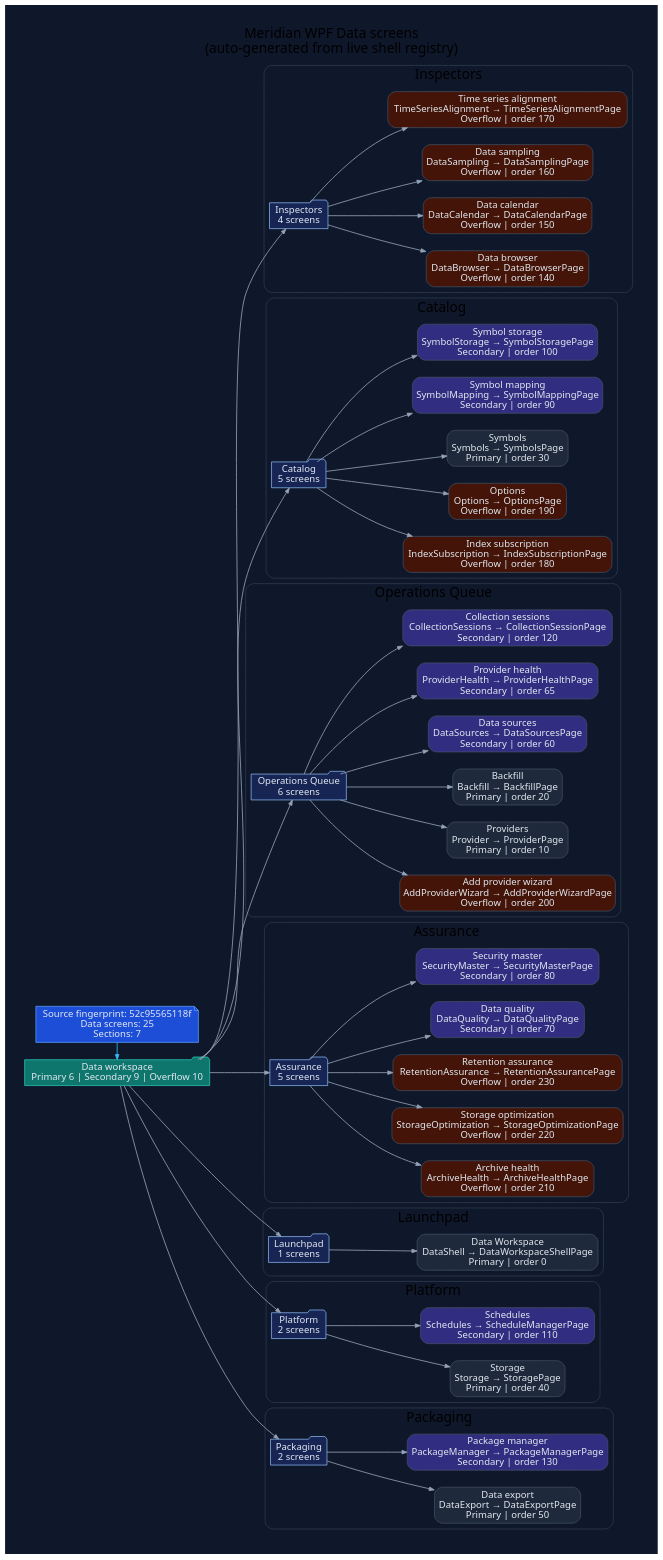
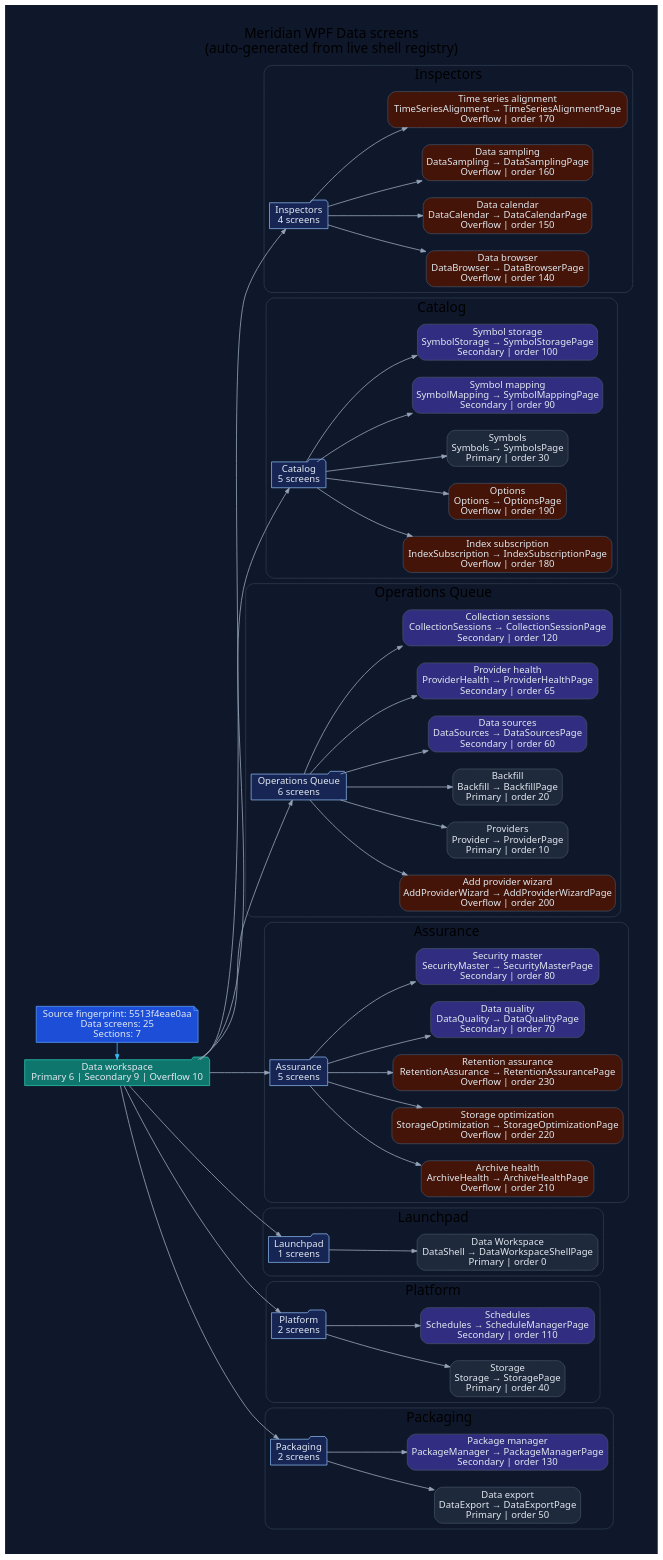
One commit to rodoHasArrived/Meridian-main changed the diagram in docs/diagrams/ui-wpf-screens-data.dot. Above: the diagram before and after it, drawn with Graphviz. The commit also changed 380 other files, not shown here.

```diff
--- a/docs/diagrams/ui-wpf-screens-data.dot
+++ b/docs/diagrams/ui-wpf-screens-data.dot
@@ -1,132 +1,132 @@
 // -----------------------------------------------------------------------------
 // <auto-generated>
 // Generated by scripts/generate-diagrams.mjs.
 // Do not edit this file directly; update the WPF source files instead.
 // -----------------------------------------------------------------------------
 digraph WpfDataScreens {
   graph [
     rankdir=LR,
     labelloc=t,
     label="Meridian WPF Data screens\n(auto-generated from live shell registry)",
     fontname="Segoe UI",
     fontsize=20,
     pad=0.4,
     nodesep=0.35,
     ranksep=0.85,
     bgcolor="#0f172a"
   ];
   node [fontname="Segoe UI", shape=box, style="rounded,filled", color="#475569", fontcolor="#e2e8f0", fillcolor="#1e293b"];
   edge [fontname="Segoe UI", color="#94a3b8", penwidth=1.2, arrowsize=0.75];
 
-  generated [shape=note, fillcolor="#1d4ed8", color="#60a5fa", label="Source fingerprint: 52c95565118f\nData screens: 25\nSections: 7"];
+  generated [shape=note, fillcolor="#1d4ed8", color="#60a5fa", label="Source fingerprint: 5513f4eae0aa\nData screens: 25\nSections: 7"];
   workspace [shape=folder, fillcolor="#0f766e", color="#2dd4bf", label="Data workspace\nPrimary 6 | Secondary 9 | Overflow 10"];
   generated -> workspace [color="#38bdf8"];
 
   subgraph cluster_section_1 {
     label="Inspectors";
     color="#334155";
     style="rounded";
     section_1 [shape=folder, fillcolor="#172554", color="#93c5fd", label="Inspectors\n4 screens"];
     workspace -> section_1;
     screen_DataBrowser [fillcolor="#431407", label="Data browser\nDataBrowser → DataBrowserPage\nOverflow | order 140"];
     section_1 -> screen_DataBrowser;
     screen_DataCalendar [fillcolor="#431407", label="Data calendar\nDataCalendar → DataCalendarPage\nOverflow | order 150"];
     section_1 -> screen_DataCalendar;
     screen_DataSampling [fillcolor="#431407", label="Data sampling\nDataSampling → DataSamplingPage\nOverflow | order 160"];
     section_1 -> screen_DataSampling;
     screen_TimeSeriesAlignment [fillcolor="#431407", label="Time series alignment\nTimeSeriesAlignment → TimeSeriesAlignmentPage\nOverflow | order 170"];
     section_1 -> screen_TimeSeriesAlignment;
   }
 
   subgraph cluster_section_2 {
     label="Catalog";
     color="#334155";
     style="rounded";
     section_2 [shape=folder, fillcolor="#172554", color="#93c5fd", label="Catalog\n5 screens"];
     workspace -> section_2;
     screen_IndexSubscription [fillcolor="#431407", label="Index subscription\nIndexSubscription → IndexSubscriptionPage\nOverflow | order 180"];
     section_2 -> screen_IndexSubscription;
     screen_Options [fillcolor="#431407", label="Options\nOptions → OptionsPage\nOverflow | order 190"];
     section_2 -> screen_Options;
     screen_Symbols [fillcolor="#1e293b", label="Symbols\nSymbols → SymbolsPage\nPrimary | order 30"];
     section_2 -> screen_Symbols;
     screen_SymbolMapping [fillcolor="#312e81", label="Symbol mapping\nSymbolMapping → SymbolMappingPage\nSecondary | order 90"];
     section_2 -> screen_SymbolMapping;
     screen_SymbolStorage [fillcolor="#312e81", label="Symbol storage\nSymbolStorage → SymbolStoragePage\nSecondary | order 100"];
     section_2 -> screen_SymbolStorage;
   }
 
   subgraph cluster_section_3 {
     label="Operations Queue";
     color="#334155";
     style="rounded";
     section_3 [shape=folder, fillcolor="#172554", color="#93c5fd", label="Operations Queue\n6 screens"];
     workspace -> section_3;
     screen_AddProviderWizard [fillcolor="#431407", label="Add provider wizard\nAddProviderWizard → AddProviderWizardPage\nOverflow | order 200"];
     section_3 -> screen_AddProviderWizard;
     screen_Provider [fillcolor="#1e293b", label="Providers\nProvider → ProviderPage\nPrimary | order 10"];
     section_3 -> screen_Provider;
     screen_Backfill [fillcolor="#1e293b", label="Backfill\nBackfill → BackfillPage\nPrimary | order 20"];
     section_3 -> screen_Backfill;
     screen_DataSources [fillcolor="#312e81", label="Data sources\nDataSources → DataSourcesPage\nSecondary | order 60"];
     section_3 -> screen_DataSources;
     screen_ProviderHealth [fillcolor="#312e81", label="Provider health\nProviderHealth → ProviderHealthPage\nSecondary | order 65"];
     section_3 -> screen_ProviderHealth;
     screen_CollectionSessions [fillcolor="#312e81", label="Collection sessions\nCollectionSessions → CollectionSessionPage\nSecondary | order 120"];
     section_3 -> screen_CollectionSessions;
   }
 
   subgraph cluster_section_4 {
     label="Assurance";
     color="#334155";
     style="rounded";
     section_4 [shape=folder, fillcolor="#172554", color="#93c5fd", label="Assurance\n5 screens"];
     workspace -> section_4;
     screen_ArchiveHealth [fillcolor="#431407", label="Archive health\nArchiveHealth → ArchiveHealthPage\nOverflow | order 210"];
     section_4 -> screen_ArchiveHealth;
     screen_StorageOptimization [fillcolor="#431407", label="Storage optimization\nStorageOptimization → StorageOptimizationPage\nOverflow | order 220"];
     section_4 -> screen_StorageOptimization;
     screen_RetentionAssurance [fillcolor="#431407", label="Retention assurance\nRetentionAssurance → RetentionAssurancePage\nOverflow | order 230"];
     section_4 -> screen_RetentionAssurance;
     screen_DataQuality [fillcolor="#312e81", label="Data quality\nDataQuality → DataQualityPage\nSecondary | order 70"];
     section_4 -> screen_DataQuality;
     screen_SecurityMaster [fillcolor="#312e81", label="Security master\nSecurityMaster → SecurityMasterPage\nSecondary | order 80"];
     section_4 -> screen_SecurityMaster;
   }
 
   subgraph cluster_section_5 {
     label="Launchpad";
     color="#334155";
     style="rounded";
     section_5 [shape=folder, fillcolor="#172554", color="#93c5fd", label="Launchpad\n1 screens"];
     workspace -> section_5;
     screen_DataShell [fillcolor="#1e293b", label="Data Workspace\nDataShell → DataWorkspaceShellPage\nPrimary | order 0"];
     section_5 -> screen_DataShell;
   }
 
   subgraph cluster_section_6 {
     label="Platform";
     color="#334155";
     style="rounded";
     section_6 [shape=folder, fillcolor="#172554", color="#93c5fd", label="Platform\n2 screens"];
     workspace -> section_6;
     screen_Storage [fillcolor="#1e293b", label="Storage\nStorage → StoragePage\nPrimary | order 40"];
     section_6 -> screen_Storage;
     screen_Schedules [fillcolor="#312e81", label="Schedules\nSchedules → ScheduleManagerPage\nSecondary | order 110"];
     section_6 -> screen_Schedules;
   }
 
   subgraph cluster_section_7 {
     label="Packaging";
     color="#334155";
     style="rounded";
     section_7 [shape=folder, fillcolor="#172554", color="#93c5fd", label="Packaging\n2 screens"];
     workspace -> section_7;
     screen_DataExport [fillcolor="#1e293b", label="Data export\nDataExport → DataExportPage\nPrimary | order 50"];
     section_7 -> screen_DataExport;
     screen_PackageManager [fillcolor="#312e81", label="Package manager\nPackageManager → PackageManagerPage\nSecondary | order 130"];
     section_7 -> screen_PackageManager;
   }
 
   { rank=min; generated; workspace; }
 }
```
